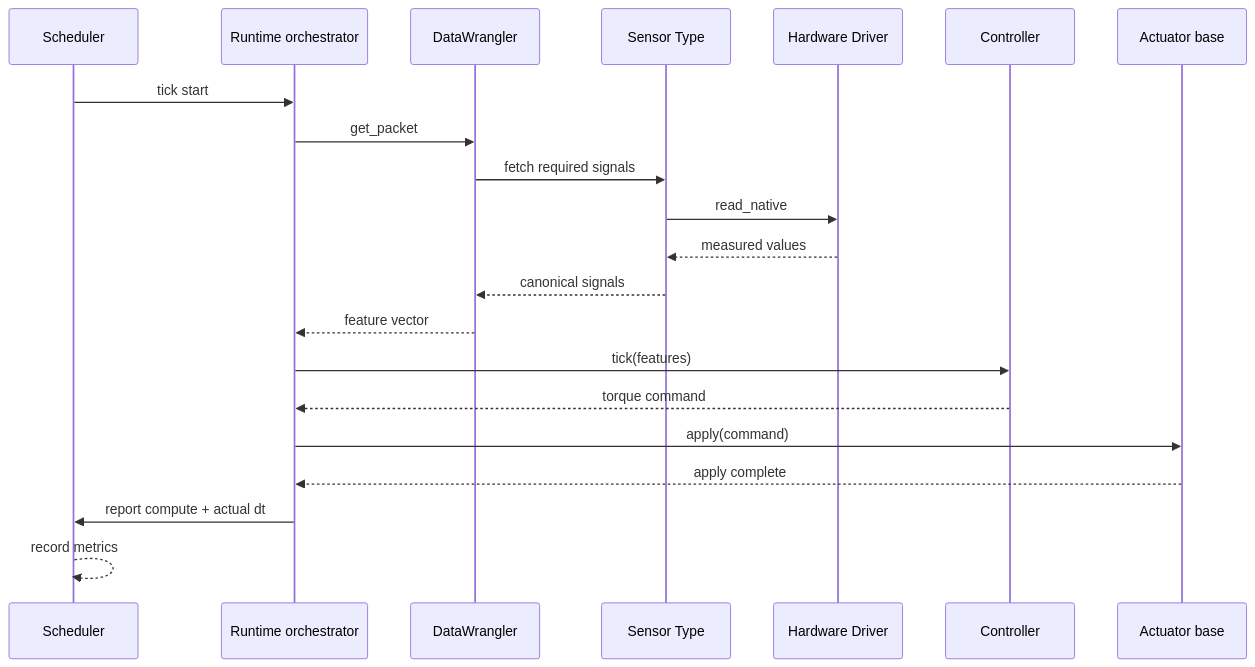
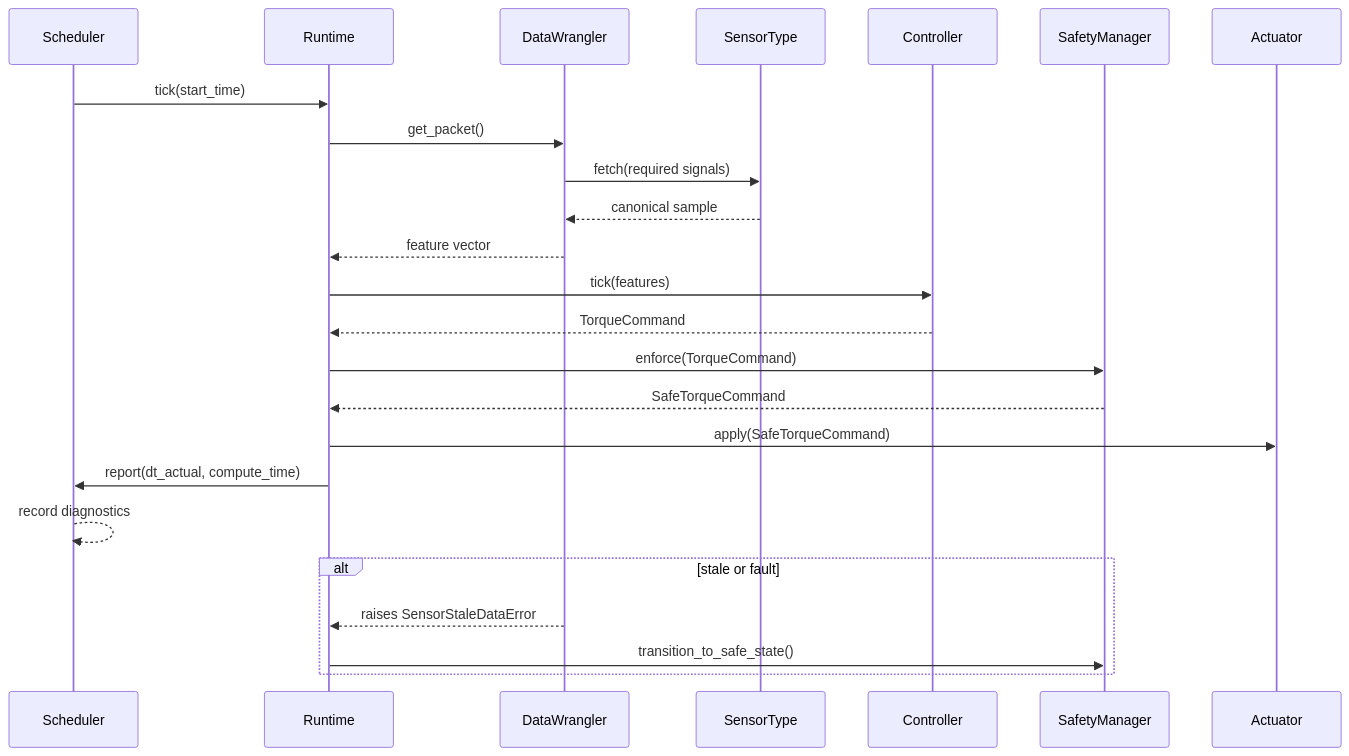
The fourth of 6 diagrams in docs/architecture.md (jmontp/raspberry-pi-controller-runtime), drawn with Mermaid before and after one commit. The commit also changed other lines of this file, not shown here.

Commit message:
docs: reorganize architecture flow diagrams

````diff
--- a/docs/architecture.md
+++ b/docs/architecture.md
@@ -117,24 +127,27 @@
 ```mermaid
 sequenceDiagram
-    participant Scheduler as Scheduler
-    participant Runtime as Runtime orchestrator
+    participant Scheduler
+    participant Runtime
     participant Wrangler as DataWrangler
-    participant SensorType as Sensor Type
-    participant Driver as Hardware Driver
-    participant Controller as Controller
-    participant Actuator as Actuator base
+    participant SensorType
+    participant Controller
+    participant Safety as SafetyManager
+    participant Actuator
 
-    Scheduler->>Runtime: tick start
-    Runtime->>Wrangler: get_packet
-    Wrangler->>SensorType: fetch required signals
-    SensorType->>Driver: read_native
-    Driver-->>SensorType: measured values
-    SensorType-->>Wrangler: canonical signals
+    Scheduler->>Runtime: tick(start_time)
+    Runtime->>Wrangler: get_packet()
+    Wrangler->>SensorType: fetch(required signals)
+    SensorType-->>Wrangler: canonical sample
     Wrangler-->>Runtime: feature vector
     Runtime->>Controller: tick(features)
-    Controller-->>Runtime: torque command
-    Runtime->>Actuator: apply(command)
-    Actuator-->>Runtime: apply complete
-    Runtime->>Scheduler: report compute + actual dt
-    Scheduler-->>Scheduler: record metrics
+    Controller-->>Runtime: TorqueCommand
+    Runtime->>Safety: enforce(TorqueCommand)
+    Safety-->>Runtime: SafeTorqueCommand
+    Runtime->>Actuator: apply(SafeTorqueCommand)
+    Runtime->>Scheduler: report(dt_actual, compute_time)
+    Scheduler-->>Scheduler: record diagnostics
+    alt stale or fault
+        Wrangler-->>Runtime: raises SensorStaleDataError
+        Runtime->>Safety: transition_to_safe_state()
+    end
 ```
````
